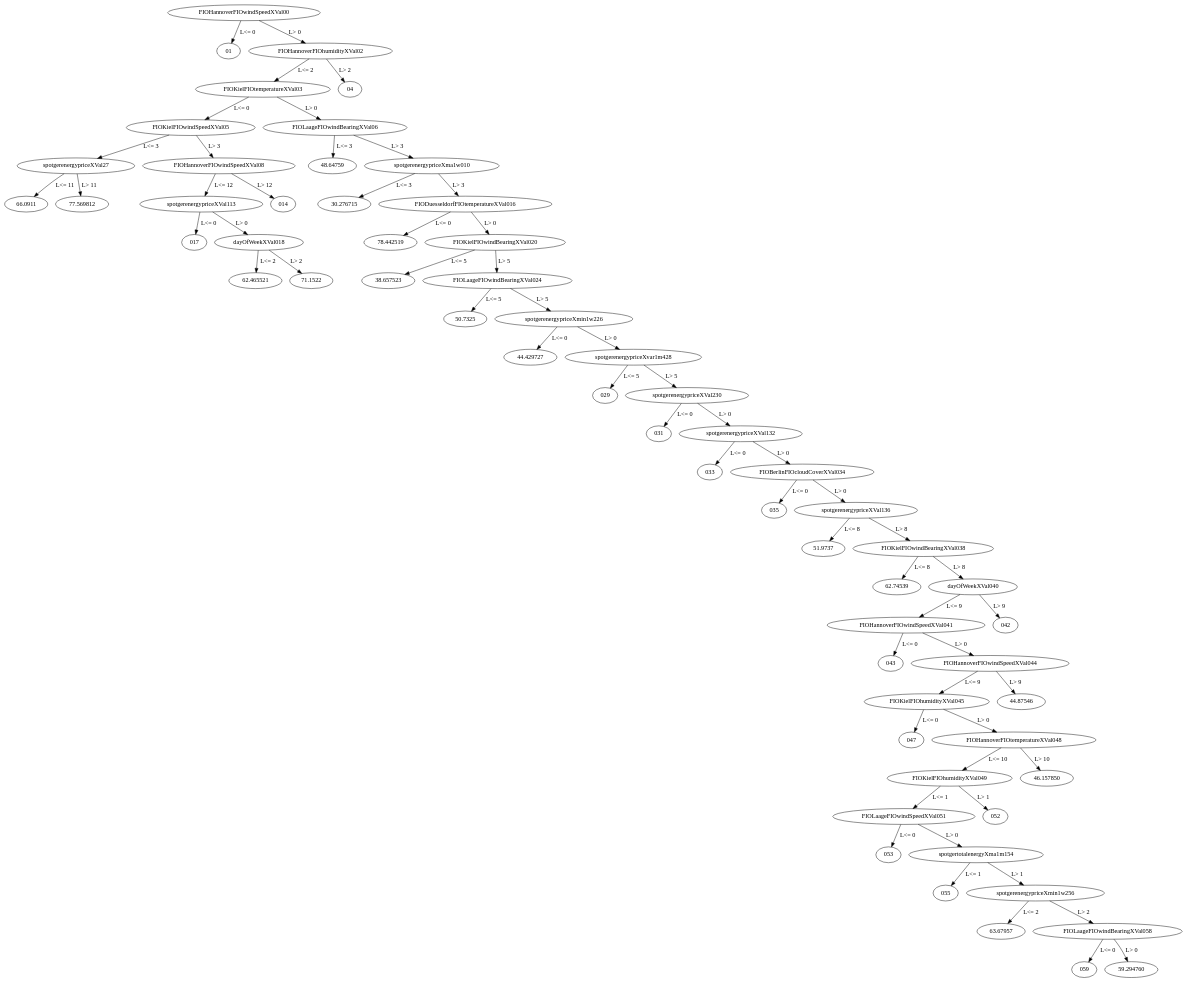
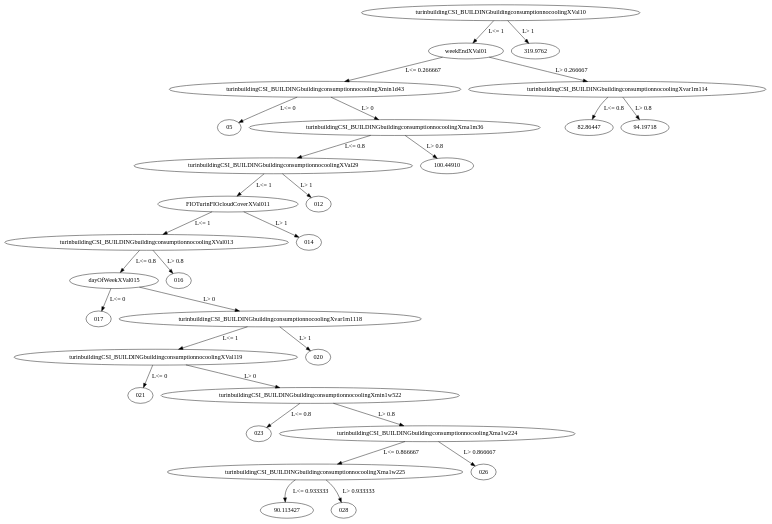
One commit to klemenkenda/nrg4mine changed the diagram in sandbox/ht-20.gv. Above: the diagram before and after it, drawn with Graphviz. The commit also changed 33 other files, not shown here.

```diff
--- a/sandbox/ht-20.gv
+++ b/sandbox/ht-20.gv
@@ -1,62 +1,30 @@
 digraph dt_fig {
-	FIOHannoverFIOwindSpeedXVal00 -> "01" [label="L<= 0"];
-	FIOHannoverFIOwindSpeedXVal00 -> FIOHannoverFIOhumidityXVal02 [label="L> 0"];
-	FIOHannoverFIOhumidityXVal02 -> FIOKielFIOtemperatureXVal03 [label="L<= 2"];
-	FIOHannoverFIOhumidityXVal02 -> "04" [label="L> 2"];
-	FIOKielFIOtemperatureXVal03 -> FIOKielFIOwindSpeedXVal05 [label="L<= 0"];
-	FIOKielFIOtemperatureXVal03 -> FIOLaageFIOwindBearingXVal06 [label="L> 0"];
-	FIOKielFIOwindSpeedXVal05 -> spotgerenergypriceXVal27 [label="L<= 3"];
-	FIOKielFIOwindSpeedXVal05 -> FIOHannoverFIOwindSpeedXVal08 [label="L> 3"];
-	FIOLaageFIOwindBearingXVal06 -> "48.64759" [label="L<= 3"];
-	FIOLaageFIOwindBearingXVal06 -> spotgerenergypriceXma1w010 [label="L> 3"];
-	spotgerenergypriceXVal27 -> "66.0911" [label="L<= 11"];
-	spotgerenergypriceXVal27 -> "77.569812" [label="L> 11"];
-	FIOHannoverFIOwindSpeedXVal08 -> spotgerenergypriceXVal113 [label="L<= 12"];
-	FIOHannoverFIOwindSpeedXVal08 -> "014" [label="L> 12"];
-	spotgerenergypriceXma1w010 -> "30.276715" [label="L<= 3"];
-	spotgerenergypriceXma1w010 -> FIODuesseldorfFIOtemperatureXVal016 [label="L> 3"];
-	spotgerenergypriceXVal113 -> "017" [label="L<= 0"];
-	spotgerenergypriceXVal113 -> dayOfWeekXVal018 [label="L> 0"];
-	FIODuesseldorfFIOtemperatureXVal016 -> "78.442519" [label="L<= 0"];
-	FIODuesseldorfFIOtemperatureXVal016 -> FIOKielFIOwindBearingXVal020 [label="L> 0"];
-	dayOfWeekXVal018 -> "62.465521" [label="L<= 2"];
-	dayOfWeekXVal018 -> "71.1522" [label="L> 2"];
-	FIOKielFIOwindBearingXVal020 -> "38.657523" [label="L<= 5"];
-	FIOKielFIOwindBearingXVal020 -> FIOLaageFIOwindBearingXVal024 [label="L> 5"];
-	FIOLaageFIOwindBearingXVal024 -> "50.7325" [label="L<= 5"];
-	FIOLaageFIOwindBearingXVal024 -> spotgerenergypriceXmin1w226 [label="L> 5"];
-	spotgerenergypriceXmin1w226 -> "44.429727" [label="L<= 0"];
-	spotgerenergypriceXmin1w226 -> spotgerenergypriceXvar1m428 [label="L> 0"];
-	spotgerenergypriceXvar1m428 -> "029" [label="L<= 5"];
-	spotgerenergypriceXvar1m428 -> spotgerenergypriceXVal230 [label="L> 5"];
-	spotgerenergypriceXVal230 -> "031" [label="L<= 0"];
-	spotgerenergypriceXVal230 -> spotgerenergypriceXVal132 [label="L> 0"];
-	spotgerenergypriceXVal132 -> "033" [label="L<= 0"];
-	spotgerenergypriceXVal132 -> FIOBerlinFIOcloudCoverXVal034 [label="L> 0"];
-	FIOBerlinFIOcloudCoverXVal034 -> "035" [label="L<= 0"];
-	FIOBerlinFIOcloudCoverXVal034 -> spotgerenergypriceXVal136 [label="L> 0"];
-	spotgerenergypriceXVal136 -> "51.9737" [label="L<= 8"];
-	spotgerenergypriceXVal136 -> FIOKielFIOwindBearingXVal038 [label="L> 8"];
-	FIOKielFIOwindBearingXVal038 -> "62.74539" [label="L<= 8"];
-	FIOKielFIOwindBearingXVal038 -> dayOfWeekXVal040 [label="L> 8"];
-	dayOfWeekXVal040 -> FIOHannoverFIOwindSpeedXVal041 [label="L<= 9"];
-	dayOfWeekXVal040 -> "042" [label="L> 9"];
-	FIOHannoverFIOwindSpeedXVal041 -> "043" [label="L<= 0"];
-	FIOHannoverFIOwindSpeedXVal041 -> FIOHannoverFIOwindSpeedXVal044 [label="L> 0"];
-	FIOHannoverFIOwindSpeedXVal044 -> FIOKielFIOhumidityXVal045 [label="L<= 9"];
-	FIOHannoverFIOwindSpeedXVal044 -> "44.87546" [label="L> 9"];
-	FIOKielFIOhumidityXVal045 -> "047" [label="L<= 0"];
-	FIOKielFIOhumidityXVal045 -> FIOHannoverFIOtemperatureXVal048 [label="L> 0"];
-	FIOHannoverFIOtemperatureXVal048 -> FIOKielFIOhumidityXVal049 [label="L<= 10"];
-	FIOHannoverFIOtemperatureXVal048 -> "46.157850" [label="L> 10"];
-	FIOKielFIOhumidityXVal049 -> FIOLaageFIOwindSpeedXVal051 [label="L<= 1"];
-	FIOKielFIOhumidityXVal049 -> "052" [label="L> 1"];
-	FIOLaageFIOwindSpeedXVal051 -> "053" [label="L<= 0"];
-	FIOLaageFIOwindSpeedXVal051 -> spotgertotalenergyXma1m154 [label="L> 0"];
-	spotgertotalenergyXma1m154 -> "055" [label="L<= 1"];
-	spotgertotalenergyXma1m154 -> spotgerenergypriceXmin1w256 [label="L> 1"];
-	spotgerenergypriceXmin1w256 -> "63.67957" [label="L<= 2"];
-	spotgerenergypriceXmin1w256 -> FIOLaageFIOwindBearingXVal058 [label="L> 2"];
-	FIOLaageFIOwindBearingXVal058 -> "059" [label="L<= 0"];
-	FIOLaageFIOwindBearingXVal058 -> "59.294760" [label="L> 0"];
+	turinbuildingCSI_BUILDINGbuildingconsumptionnocoolingXVal10 -> weekEndXVal01 [label="L<= 1"];
+	turinbuildingCSI_BUILDINGbuildingconsumptionnocoolingXVal10 -> "319.9762" [label="L> 1"];
+	weekEndXVal01 -> turinbuildingCSI_BUILDINGbuildingconsumptionnocoolingXmin1d43 [label="L<= 0.266667"];
+	weekEndXVal01 -> turinbuildingCSI_BUILDINGbuildingconsumptionnocoolingXvar1m114 [label="L> 0.266667"];
+	turinbuildingCSI_BUILDINGbuildingconsumptionnocoolingXmin1d43 -> "05" [label="L<= 0"];
+	turinbuildingCSI_BUILDINGbuildingconsumptionnocoolingXmin1d43 -> turinbuildingCSI_BUILDINGbuildingconsumptionnocoolingXma1m36 [label="L> 0"];
+	turinbuildingCSI_BUILDINGbuildingconsumptionnocoolingXvar1m114 -> "82.86447" [label="L<= 0.8"];
+	turinbuildingCSI_BUILDINGbuildingconsumptionnocoolingXvar1m114 -> "94.19718" [label="L> 0.8"];
+	turinbuildingCSI_BUILDINGbuildingconsumptionnocoolingXma1m36 -> turinbuildingCSI_BUILDINGbuildingconsumptionnocoolingXVal29 [label="L<= 0.8"];
+	turinbuildingCSI_BUILDINGbuildingconsumptionnocoolingXma1m36 -> "100.44910" [label="L> 0.8"];
+	turinbuildingCSI_BUILDINGbuildingconsumptionnocoolingXVal29 -> FIOTurinFIOcloudCoverXVal011 [label="L<= 1"];
+	turinbuildingCSI_BUILDINGbuildingconsumptionnocoolingXVal29 -> "012" [label="L> 1"];
+	FIOTurinFIOcloudCoverXVal011 -> turinbuildingCSI_BUILDINGbuildingconsumptionnocoolingXVal013 [label="L<= 1"];
+	FIOTurinFIOcloudCoverXVal011 -> "014" [label="L> 1"];
+	turinbuildingCSI_BUILDINGbuildingconsumptionnocoolingXVal013 -> dayOfWeekXVal015 [label="L<= 0.8"];
+	turinbuildingCSI_BUILDINGbuildingconsumptionnocoolingXVal013 -> "016" [label="L> 0.8"];
+	dayOfWeekXVal015 -> "017" [label="L<= 0"];
+	dayOfWeekXVal015 -> turinbuildingCSI_BUILDINGbuildingconsumptionnocoolingXvar1m1118 [label="L> 0"];
+	turinbuildingCSI_BUILDINGbuildingconsumptionnocoolingXvar1m1118 -> turinbuildingCSI_BUILDINGbuildingconsumptionnocoolingXVal119 [label="L<= 1"];
+	turinbuildingCSI_BUILDINGbuildingconsumptionnocoolingXvar1m1118 -> "020" [label="L> 1"];
+	turinbuildingCSI_BUILDINGbuildingconsumptionnocoolingXVal119 -> "021" [label="L<= 0"];
+	turinbuildingCSI_BUILDINGbuildingconsumptionnocoolingXVal119 -> turinbuildingCSI_BUILDINGbuildingconsumptionnocoolingXmin1w522 [label="L> 0"];
+	turinbuildingCSI_BUILDINGbuildingconsumptionnocoolingXmin1w522 -> "023" [label="L<= 0.8"];
+	turinbuildingCSI_BUILDINGbuildingconsumptionnocoolingXmin1w522 -> turinbuildingCSI_BUILDINGbuildingconsumptionnocoolingXma1w224 [label="L> 0.8"];
+	turinbuildingCSI_BUILDINGbuildingconsumptionnocoolingXma1w224 -> turinbuildingCSI_BUILDINGbuildingconsumptionnocoolingXma1w225 [label="L<= 0.866667"];
+	turinbuildingCSI_BUILDINGbuildingconsumptionnocoolingXma1w224 -> "026" [label="L> 0.866667"];
+	turinbuildingCSI_BUILDINGbuildingconsumptionnocoolingXma1w225 -> "90.113427" [label="L<= 0.933333"];
+	turinbuildingCSI_BUILDINGbuildingconsumptionnocoolingXma1w225 -> "028" [label="L> 0.933333"];
 }
```
